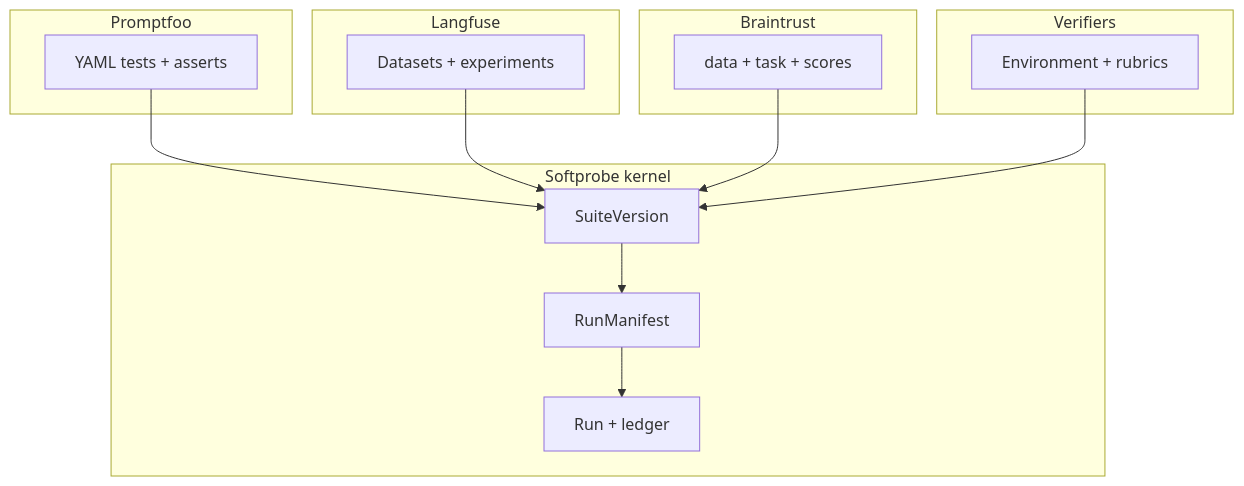
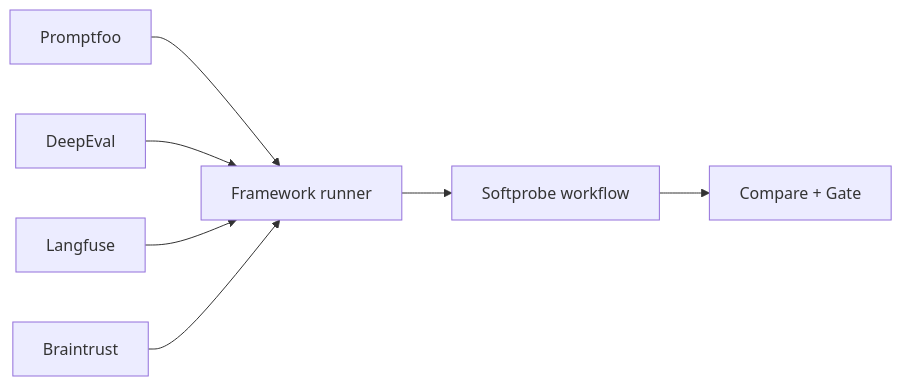
The diagram in en/evaluation/concepts/ecosystem-mapping.md (softprobe/document-website), drawn with Mermaid before and after one commit. The commit also changed other lines of this file and 10 other files, not shown here.

Commit message:
docs(evaluation): remove native authoring path; runner-first workflow

````diff
--- a/en/evaluation/concepts/ecosystem-mapping.md
+++ b/en/evaluation/concepts/ecosystem-mapping.md
@@ -59,25 +11,15 @@
 ```mermaid
-flowchart TB
-  subgraph pf [Promptfoo]
-    PFY[YAML tests + asserts]
-  end
-  subgraph lf [Langfuse]
-    LFD[Datasets + experiments]
-  end
-  subgraph bt [Braintrust]
-    BTD[data + task + scores]
-  end
-  subgraph pi [Verifiers]
-    PIE[Environment + rubrics]
-  end
-  subgraph sp [Softprobe kernel]
-    SV[SuiteVersion]
-    RM[RunManifest]
-    Run[Run + ledger]
-  end
-  PFY --> SV
-  LFD --> SV
-  BTD --> SV
-  PIE --> SV
-  SV --> RM --> Run
+flowchart LR
+  PF[Promptfoo]
+  DE[DeepEval]
+  LF[Langfuse]
+  BT[Braintrust]
+  Runner[Framework runner]
+  WF[Softprobe workflow]
+  Gate[Compare + Gate]
+  PF --> Runner
+  DE --> Runner
+  LF --> Runner
+  BT --> Runner
+  Runner --> WF --> Gate
 ```
````
